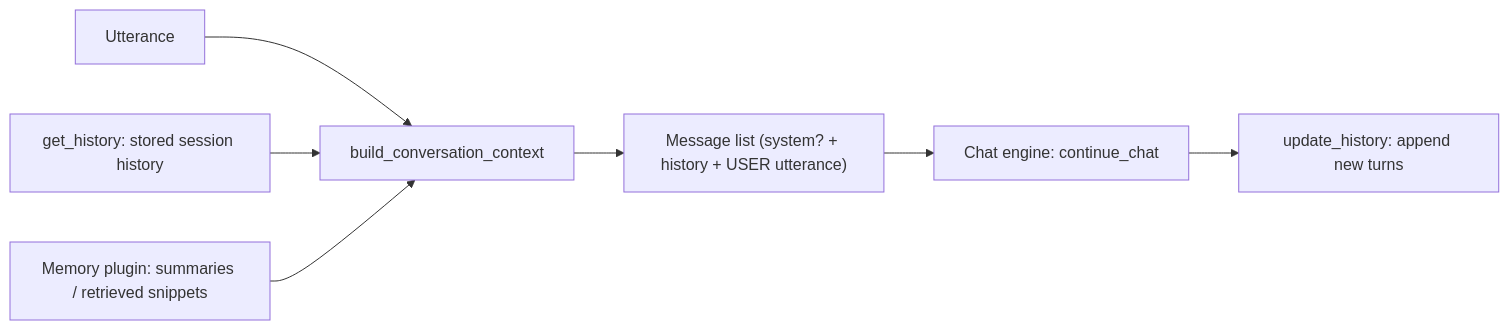
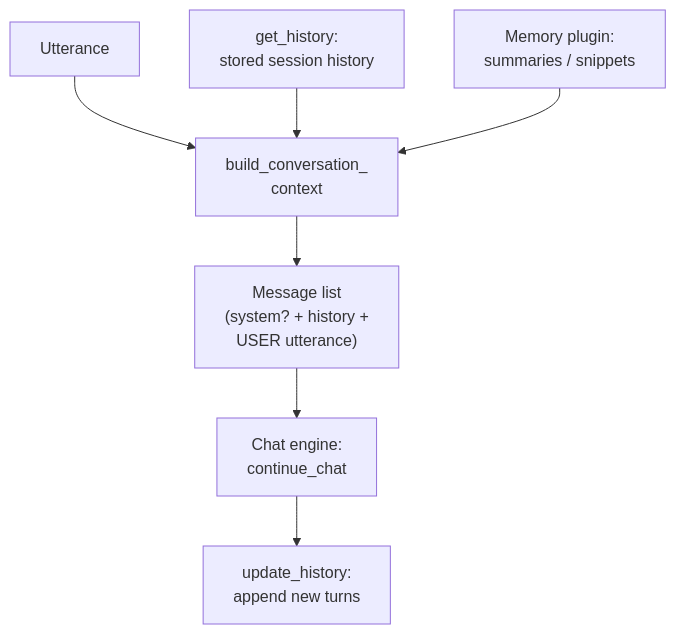
The diagram in docs/persona-memory.md (OpenVoiceOS/beta-technical-manual), drawn with Mermaid before and after one commit. The commit also changed 19 other files, not shown here.

First line of the commit message:
docs: fit diagrams to the content column; arena live URL

````diff
--- a/docs/persona-memory.md
+++ b/docs/persona-memory.md
@@ -41,9 +41,9 @@
 ```mermaid
-flowchart LR
-    U[Utterance] --> BCC[build_conversation_context]
-    H[get_history: stored session history] --> BCC
-    M[Memory plugin: summaries / retrieved snippets] --> BCC
-    BCC --> ML["Message list (system? + history + USER utterance)"]
-    ML --> CE[Chat engine: continue_chat]
-    CE --> UH[update_history: append new turns]
+flowchart TD
+    U["Utterance"] --> BCC["build_conversation_<br/>context"]
+    H["get_history:<br/>stored session history"] --> BCC
+    M["Memory plugin:<br/>summaries / snippets"] --> BCC
+    BCC --> ML["Message list<br/>(system? + history +<br/>USER utterance)"]
+    ML --> CE["Chat engine:<br/>continue_chat"]
+    CE --> UH["update_history:<br/>append new turns"]
 ```
````
